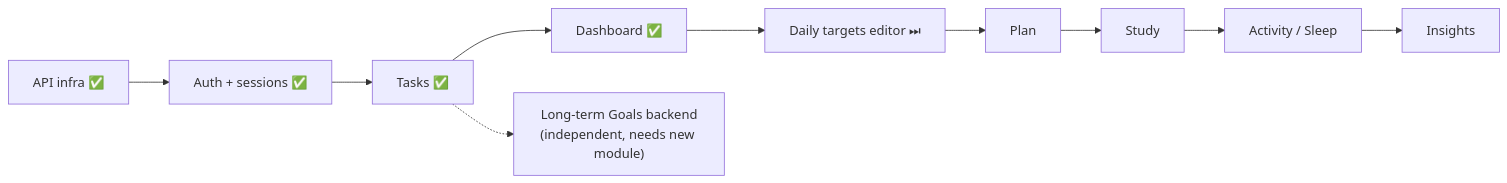
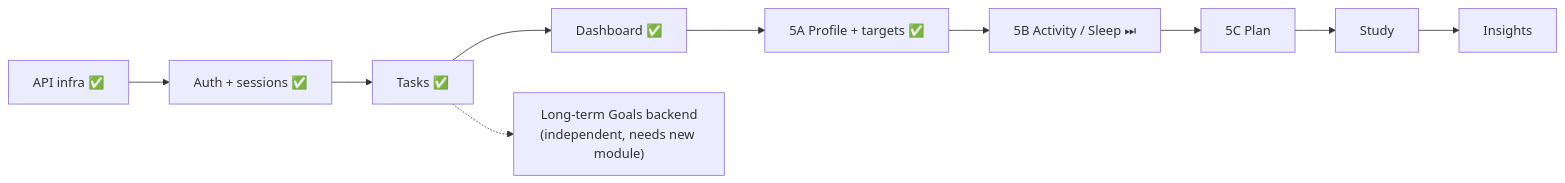
Before and after one commit to Gaoher-1207/omnia: the diagram in docs/omnia-vault/Decisions/Mock First API Migration.md, drawn with Mermaid. The commit also changed 22 other files, not shown here.

Commit message:
Integrate profile and daily targets

````diff
--- a/docs/omnia-vault/Decisions/Mock First API Migration.md
+++ b/docs/omnia-vault/Decisions/Mock First API Migration.md
@@ -34,5 +34,5 @@
 ```mermaid
 flowchart LR
-    P1["API infra ✅"] --> P2["Auth + sessions ✅"] --> P3["Tasks ✅"] --> P4["Dashboard ✅"] --> P5["Daily targets editor ⏭"] --> P6["Plan"] --> P7["Study"] --> P8["Activity / Sleep"] --> P9["Insights"]
+    P1["API infra ✅"] --> P2["Auth + sessions ✅"] --> P3["Tasks ✅"] --> P4["Dashboard ✅"] --> P5["5A Profile + targets ✅"] --> P5B["5B Activity / Sleep ⏭"] --> P5C["5C Plan"] --> P6["Study"] --> P9["Insights"]
     P3 -.-> PX["Long-term Goals backend<br/>(independent, needs new module)"]
 ```
````
